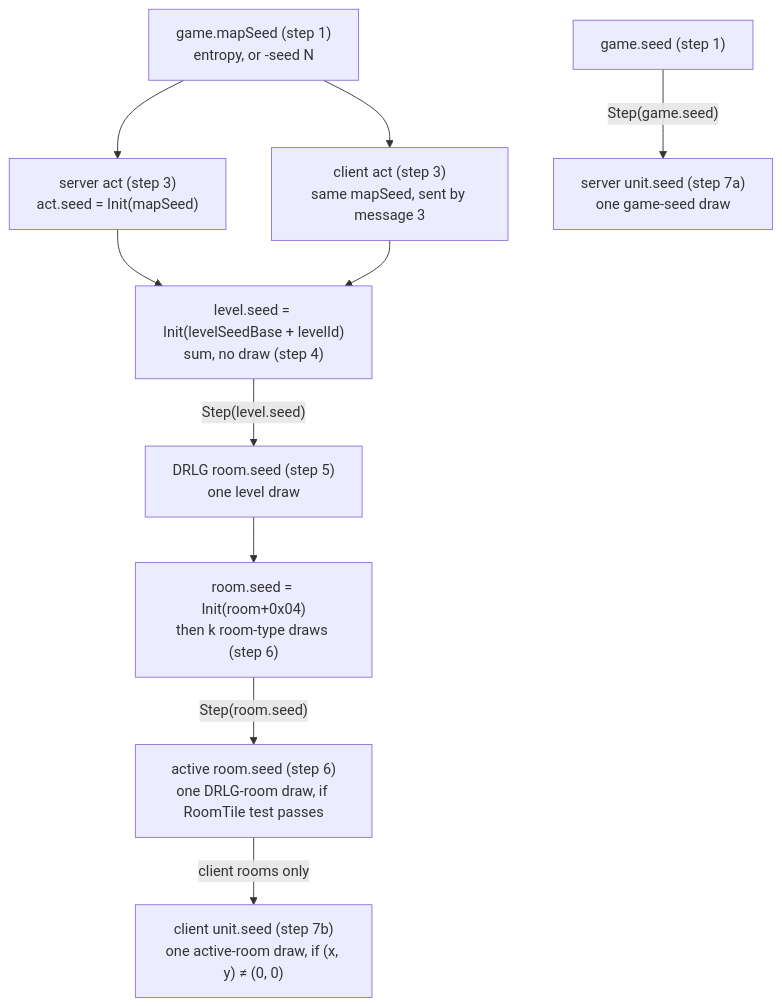
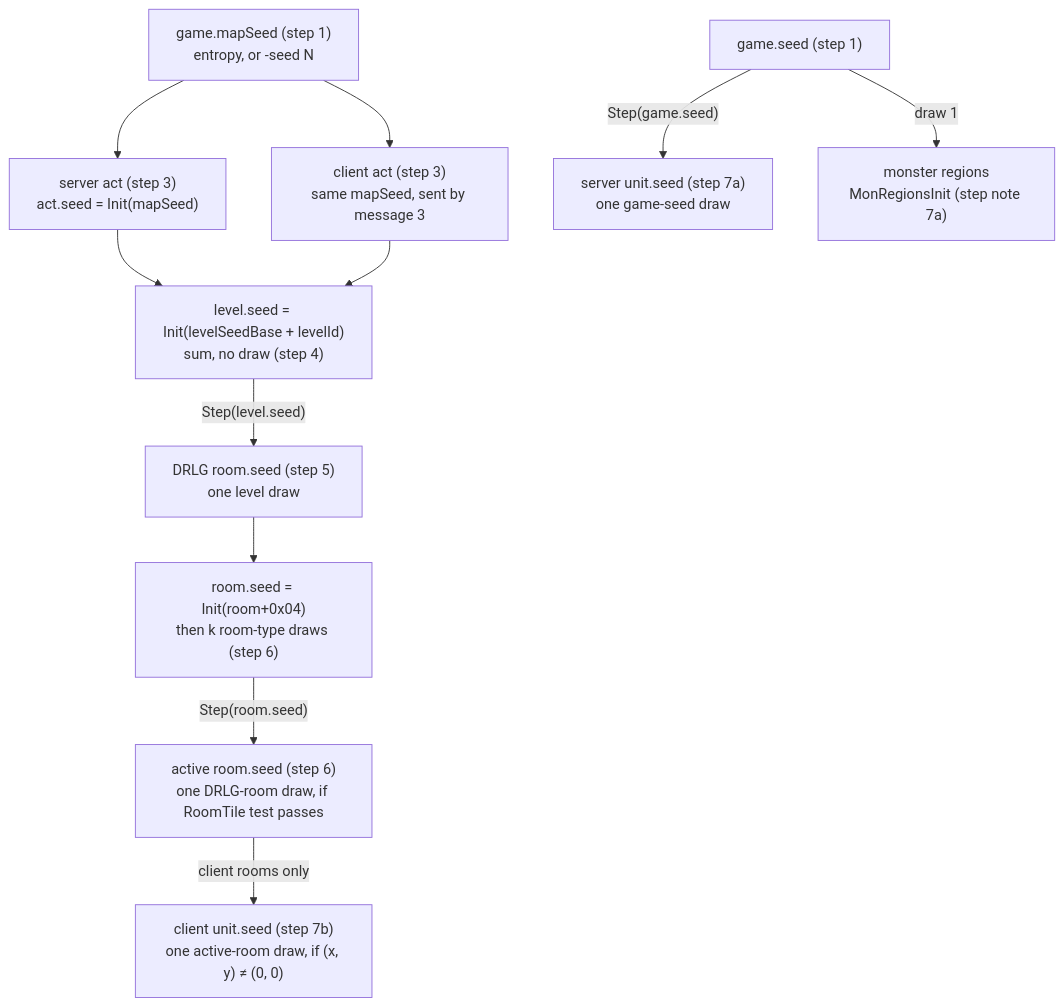
The first of 6 diagrams in docs/specs/rng/seeds.md (IgorKonovalov/diablo-2-recompilation), drawn with Mermaid before and after one commit. The commit also changed other lines of this file, not shown here.

Commit message:
docs(specs): rng/seeds game-seed draw 1 is MonRegionsInit; consumer-order question narrowed (plan 0015 Phase 5)

````diff
--- a/docs/specs/rng/seeds.md
+++ b/docs/specs/rng/seeds.md
@@ -83,22 +83,23 @@
 ```mermaid
 flowchart TD
     game["game.mapSeed (step 1)<br/>entropy, or -seed N"]
     gseed["game.seed (step 1)"]
     sact["server act (step 3)<br/>act.seed = Init(mapSeed)"]
     cact["client act (step 3)<br/>same mapSeed, sent by message 3"]
     lvl["level.seed = Init(levelSeedBase + levelId)<br/>sum, no draw (step 4)"]
     room["DRLG room.seed (step 5)<br/>one level draw"]
     reseed["room.seed = Init(room+0x04)<br/>then k room-type draws (step 6)"]
     aroom["active room.seed (step 6)<br/>one DRLG-room draw, if RoomTile test passes"]
     sunit["server unit.seed (step 7a)<br/>one game-seed draw"]
     cunit["client unit.seed (step 7b)<br/>one active-room draw, if (x, y) ≠ (0, 0)"]
     game --> sact
     game --> cact
     sact --> lvl
     cact --> lvl
     lvl -->|"Step(level.seed)"| room
     room --> reseed
     reseed -->|"Step(room.seed)"| aroom
     aroom -->|"client rooms only"| cunit
+    gseed -->|"draw 1"| mreg["monster regions<br/>MonRegionsInit (step note 7a)"]
     gseed -->|"Step(game.seed)"| sunit
 ```
````
